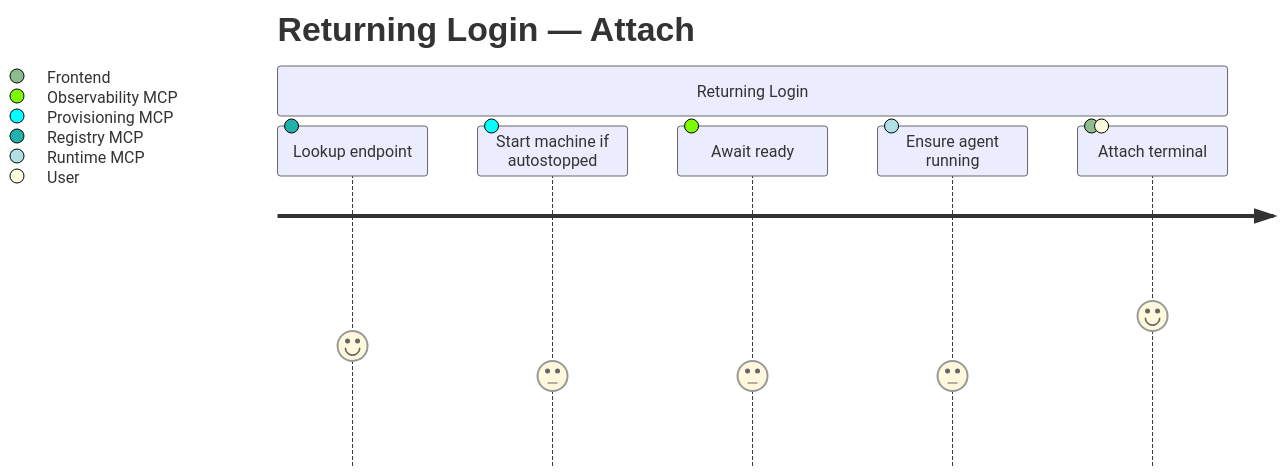
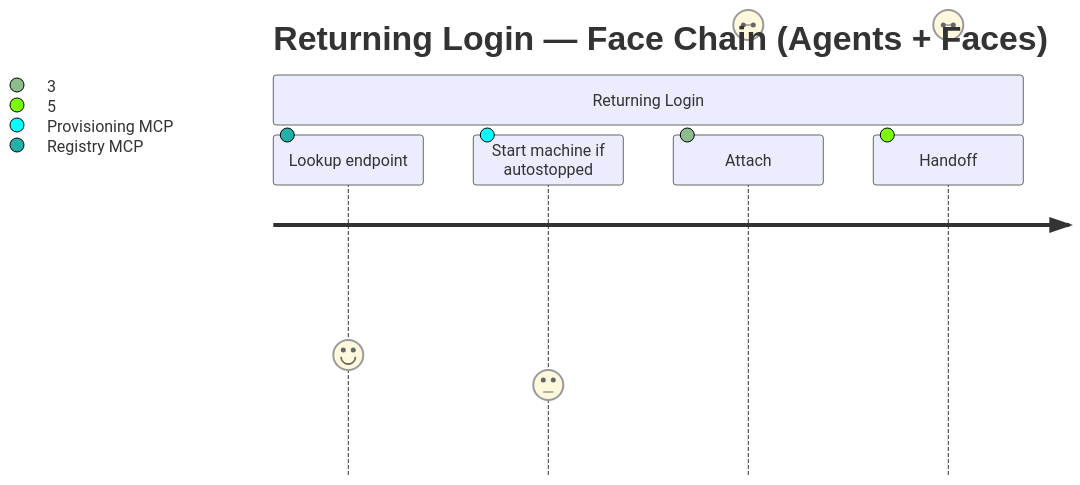
One commit to dreamcatcher-tech/artifact-codex changed the fourth of 6 diagrams in design/docs/USER-FLOW.md. Above: the diagram before and after it, drawn with Mermaid. The commit also changed other lines of this file and 17 other files, not shown here.

````diff
--- a/design/docs/USER-FLOW.md
+++ b/design/docs/USER-FLOW.md
@@ -90,10 +91,9 @@
 ```mermaid
 journey
-  title Returning Login — Attach
+  title Returning Login — Face Chain (Agents + Faces)
   section Returning Login
     Lookup endpoint: 4: Registry MCP
     Start machine if autostopped: 3: Provisioning MCP
-    Await ready: 3: Observability MCP
-    Ensure agent running: 3: Runtime MCP
-    Attach terminal: 5: Frontend, User
+    Attach: Base Agent — face=0 (readonly) if starting: 3: Frontend, Base Agent
+    Handoff: Base Agent — face=interactive (read/write): 5: Frontend, User, Base Agent
 ```
````
